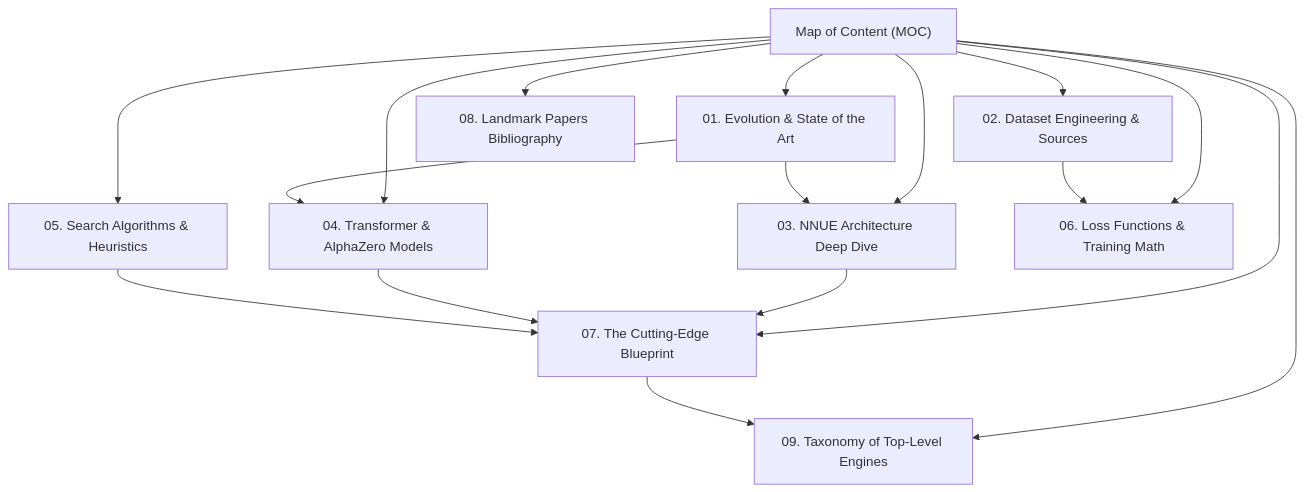
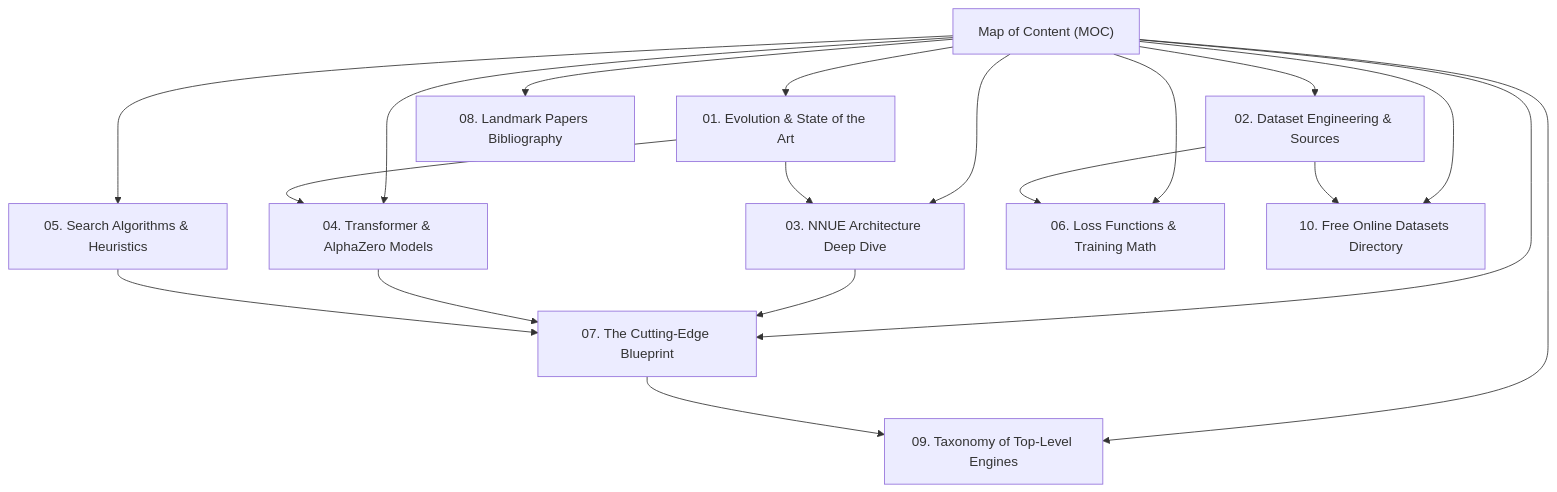
Before and after one commit to hammadshakeelai/apex-chess-engine: the diagram in obsidian-vault/00-Index-Map-of-Content.md, drawn with Mermaid. The commit also changed 1 other file, not shown here.

Commit message:
docs: add comprehensive free online chess datasets directory (Lichess, Stockfish, Syzygy, Kaggle, HuggingFace)

````diff
--- a/obsidian-vault/00-Index-Map-of-Content.md
+++ b/obsidian-vault/00-Index-Map-of-Content.md
@@ -12,21 +12,23 @@
 ```mermaid
 flowchart TD
     Index["Map of Content (MOC)"]
     Index --> Hist["01. Evolution & State of the Art"]
     Index --> Data["02. Dataset Engineering & Sources"]
     Index --> NNUE["03. NNUE Architecture Deep Dive"]
     Index --> Trans["04. Transformer & AlphaZero Models"]
     Index --> Search["05. Search Algorithms & Heuristics"]
     Index --> Math["06. Loss Functions & Training Math"]
     Index --> Blue["07. The Cutting-Edge Blueprint"]
     Index --> Bib["08. Landmark Papers Bibliography"]
     Index --> Tax["09. Taxonomy of Top-Level Engines"]
+    Index --> FreeData["10. Free Online Datasets Directory"]
 
     Hist --> NNUE
     Hist --> Trans
     Data --> Math
     NNUE --> Blue
     Trans --> Blue
     Search --> Blue
     Blue --> Tax
+    Data --> FreeData
 ```
````
